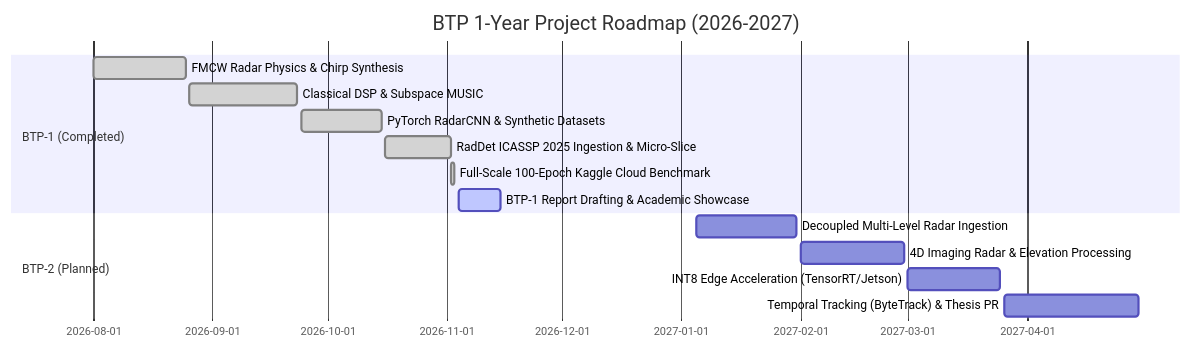
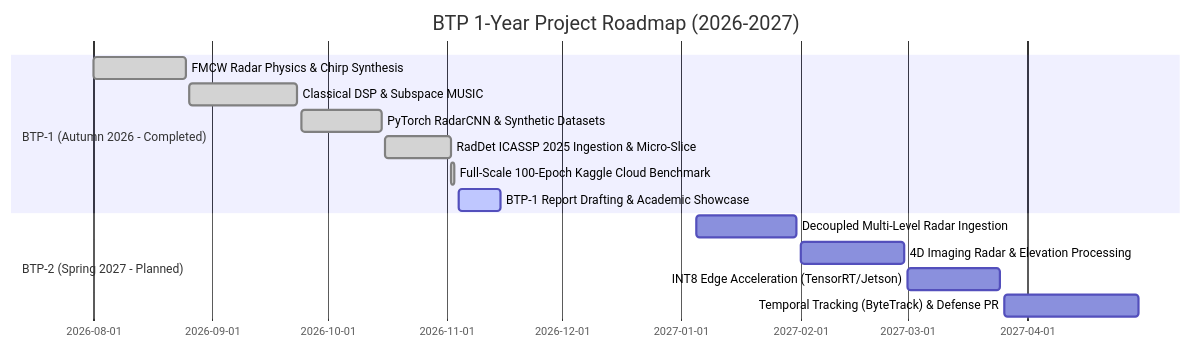
Before and after one commit to aryanthepain/Radar-BTP: the diagram in .planning/phases/01.2.2-comprehensive-btp-thesis-report-academic-publication-showcas/01.2.2-RESEARCH.md, drawn with Mermaid. The commit also changed other lines of this file and 2 other files, not shown here.

First line of the commit message:
docs(phase-01.2.2): augment research dossier with IEEE SOTA literature and thesis citations

````diff
--- a/.planning/phases/01.2.2-comprehensive-btp-thesis-report-academic-publication-showcas/01.2.2-RESEARCH.md
+++ b/.planning/phases/01.2.2-comprehensive-btp-thesis-report-academic-publication-showcas/01.2.2-RESEARCH.md
@@ -247,17 +474,17 @@
 ```mermaid
 gantt
     title BTP 1-Year Project Roadmap (2026-2027)
     dateFormat  YYYY-MM-DD
-    section BTP-1 (Completed)
+    section BTP-1 (Autumn 2026 - Completed)
     FMCW Radar Physics & Chirp Synthesis       :done, btp1_1, 2026-08-01, 2026-08-25
     Classical DSP & Subspace MUSIC             :done, btp1_2, 2026-08-26, 2026-09-23
     PyTorch RadarCNN & Synthetic Datasets      :done, btp1_3, 2026-09-24, 2026-10-15
     RadDet ICASSP 2025 Ingestion & Micro-Slice :done, btp1_4, 2026-10-16, 2026-11-02
     Full-Scale 100-Epoch Kaggle Cloud Benchmark:done, btp1_5, 2026-11-02, 2026-11-03
     BTP-1 Report Drafting & Academic Showcase  :active, btp1_6, 2026-11-04, 2026-11-15
-    section BTP-2 (Planned)
+    section BTP-2 (Spring 2027 - Planned)
     Decoupled Multi-Level Radar Ingestion      :btp2_1, 2027-01-05, 2027-01-31
     4D Imaging Radar & Elevation Processing    :btp2_2, 2027-02-01, 2027-02-28
     INT8 Edge Acceleration (TensorRT/Jetson)   :btp2_3, 2027-03-01, 2027-03-25
-    Temporal Tracking (ByteTrack) & Thesis PR  :btp2_4, 2027-03-26, 2027-04-30
+    Temporal Tracking (ByteTrack) & Defense PR :btp2_4, 2027-03-26, 2027-04-30
 ```
````
